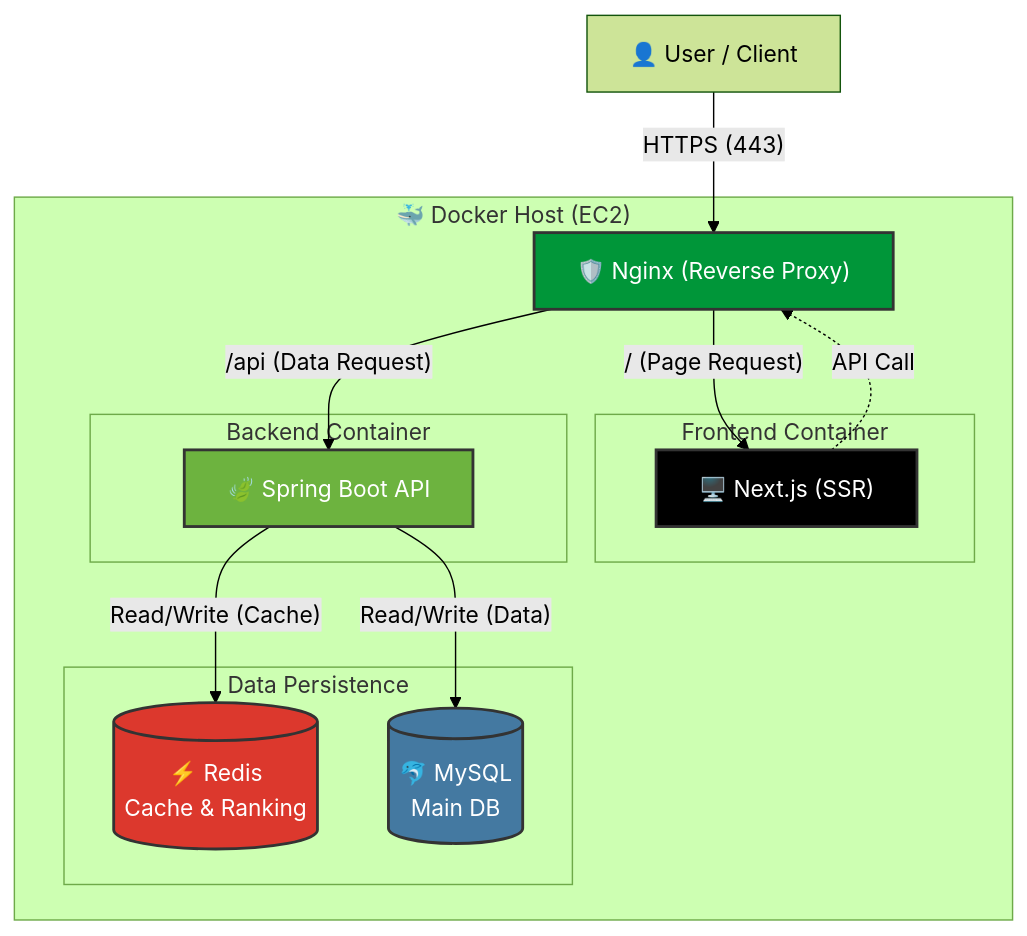
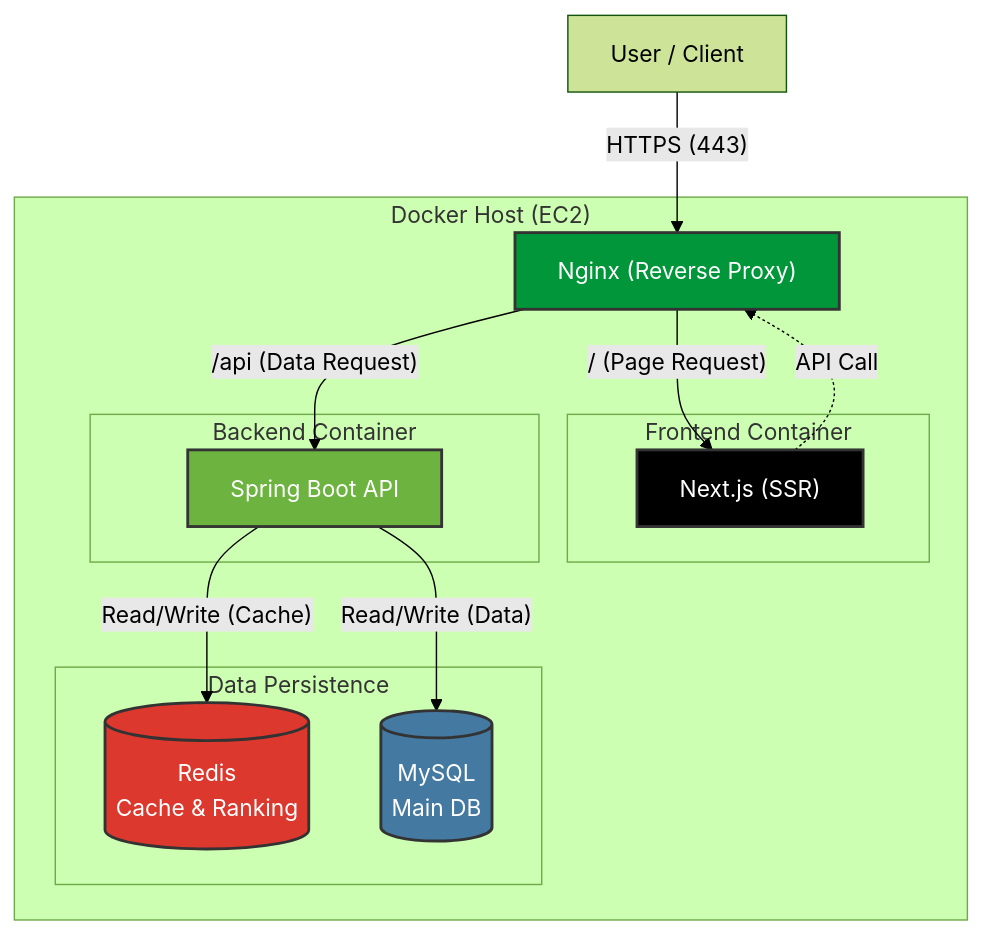
One commit to Hyunul/CBT changed the second of 2 diagrams in PORTFOLIO.md. Above: the diagram before and after it, drawn with Mermaid (forest theme).

Commit message:
Refactor Mermaid diagram in PORTFOLIO.md

````diff
--- a/PORTFOLIO.md
+++ b/PORTFOLIO.md
@@ -89,42 +89,38 @@
 ```mermaid
 graph TD
-    User["👤 User / Client"]
+    User["User / Client"]
 
-    subgraph "🐳 Docker Host (EC2)"
-        Nginx["🛡️ Nginx (Reverse Proxy)"]
+    subgraph "Docker Host (EC2)"
+        Nginx["Nginx (Reverse Proxy)"]
 
         subgraph "Frontend Container"
-            NextJS["🖥️ Next.js (SSR)"]
+            NextJS["Next.js (SSR)"]
         end
 
         subgraph "Backend Container"
-            SpringBoot["🍃 Spring Boot API"]
+            SpringBoot["Spring Boot API"]
         end
 
         subgraph "Data Persistence"
-            Redis[("⚡ Redis\nCache & Ranking")]
-            MySQL[("🐬 MySQL\nMain DB")]
+            Redis[("Redis\nCache & Ranking")]
+            MySQL[("MySQL\nMain DB")]
         end
     end
 
-    %% Network Flow
     User -- "HTTPS (443)" --> Nginx
 
-    %% Nginx Routing
     Nginx -- "/ (Page Request)" --> NextJS
     Nginx -- "/api (Data Request)" --> SpringBoot
 
-    %% Backend Communication
     SpringBoot -- "Read/Write (Cache)" --> Redis
     SpringBoot -- "Read/Write (Data)" --> MySQL
 
-    %% Frontend API Call (Client Side)
     NextJS -.->|API Call| Nginx
 
-    %% Styling
     style Nginx fill:#009639,stroke:#333,stroke-width:2px,color:white
     style SpringBoot fill:#6DB33F,stroke:#333,stroke-width:2px,color:white
     style Redis fill:#DC382D,stroke:#333,stroke-width:2px,color:white
     style MySQL fill:#4479A1,stroke:#333,stroke-width:2px,color:white
     style NextJS fill:#000000,stroke:#333,stroke-width:2px,color:white
+
 ```
````
